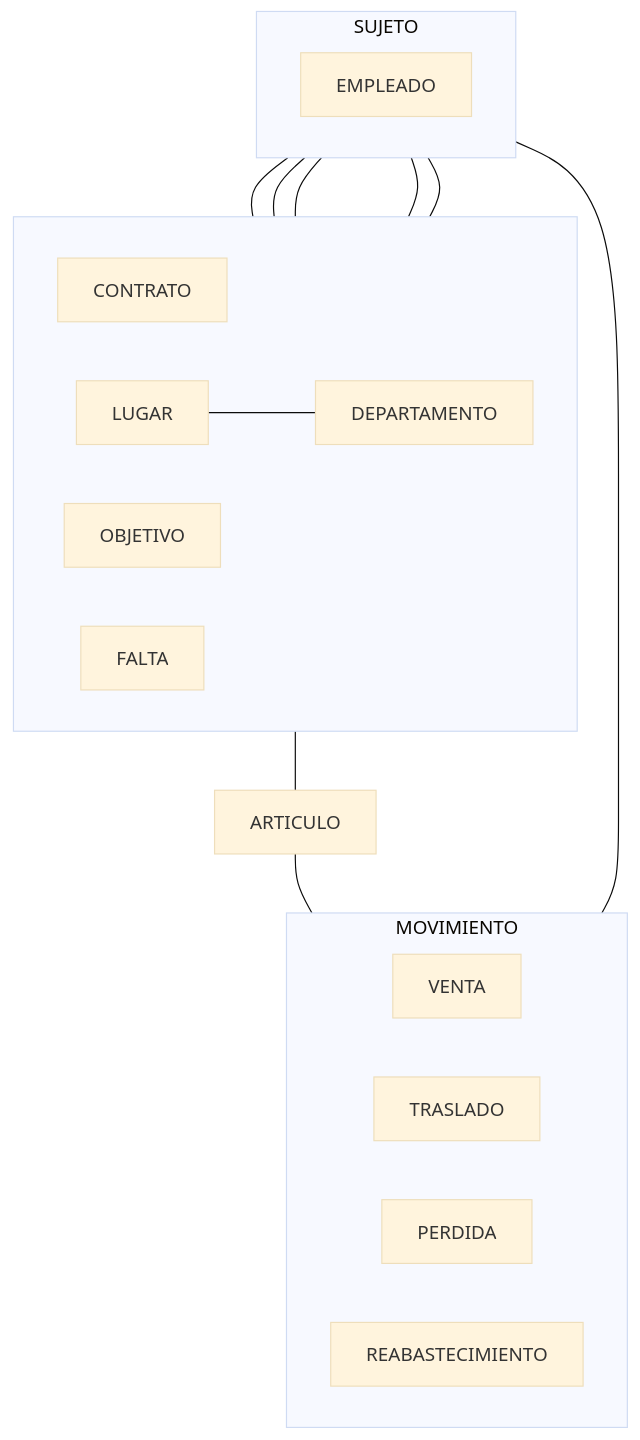
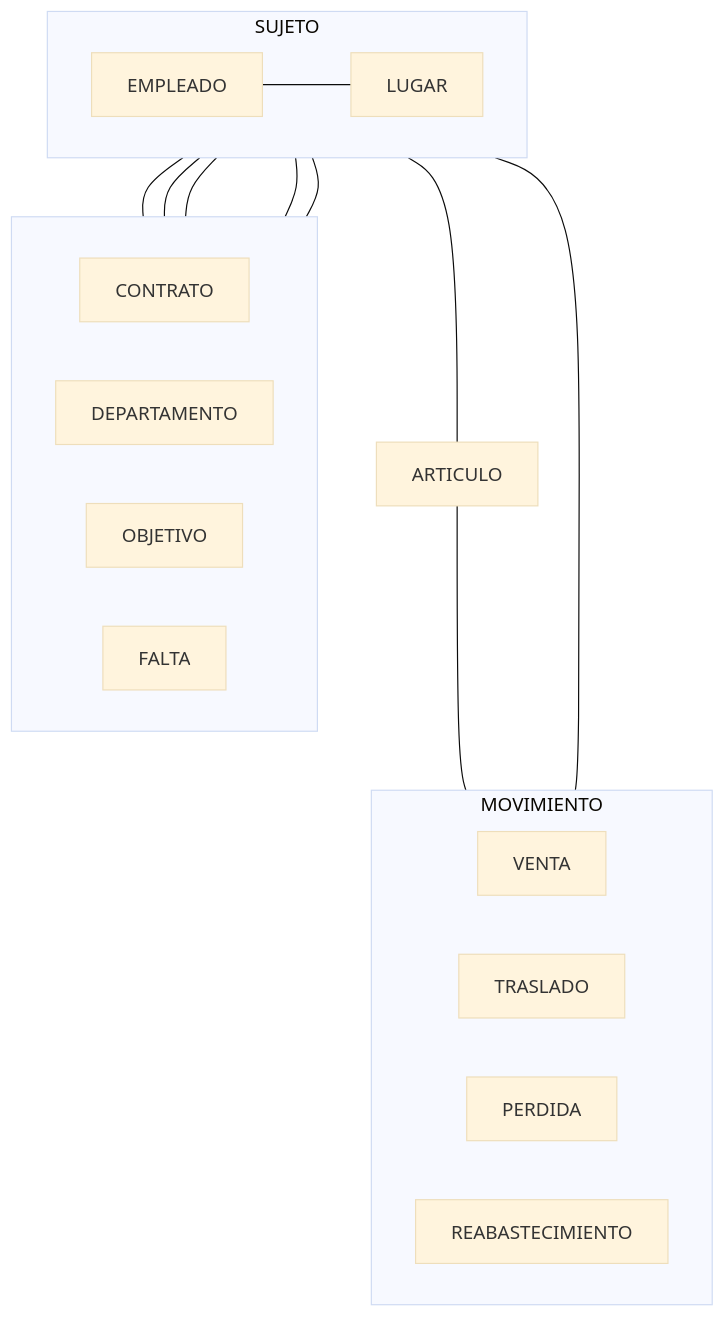
Before and after one commit to Rarity03/docs: the second of 5 diagrams in README.md, drawn with Mermaid (base theme).

````diff
--- a/README.md
+++ b/README.md
@@ -87,35 +87,34 @@
 ```mermaid
 flowchart TB
     subgraph id[ ]
         direction RL
         CONTRATO
         DEPARTAMENTO
         OBJETIVO
         FALTA
-        LUGAR
     end
     
     subgraph MOVIMIENTO
         VENTA
         TRASLADO
         PERDIDA
         REABASTECIMIENTO
     end
     subgraph SUJETO
         direction LR
         EMPLEADO
         LUGAR
     end
     
     LUGAR---ARTICULO;    
     SUJETO---MOVIMIENTO;
     ARTICULO---MOVIMIENTO;
     
     EMPLEADO---CONTRATO
     EMPLEADO---DEPARTAMENTO
     EMPLEADO---OBJETIVO
     EMPLEADO---FALTA
     EMPLEADO---LUGAR
     DEPARTAMENTO---LUGAR
 
 ```
````
